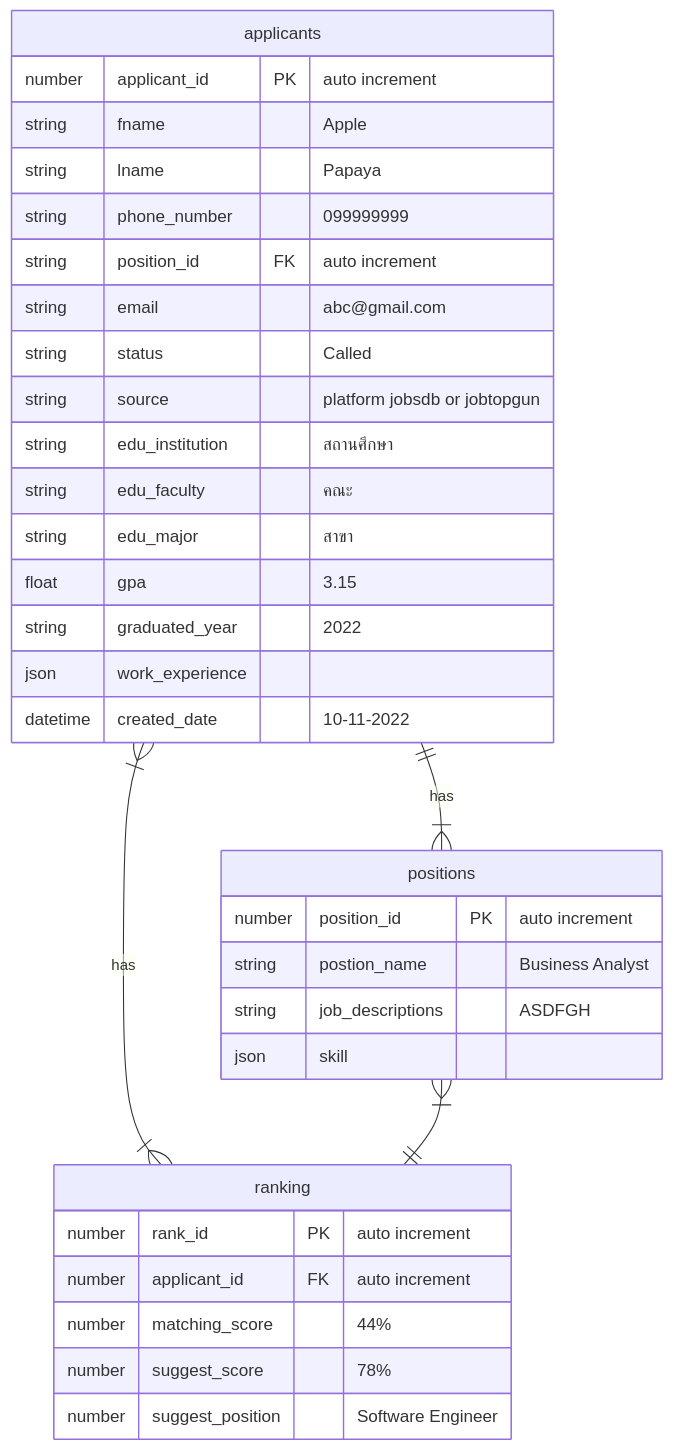
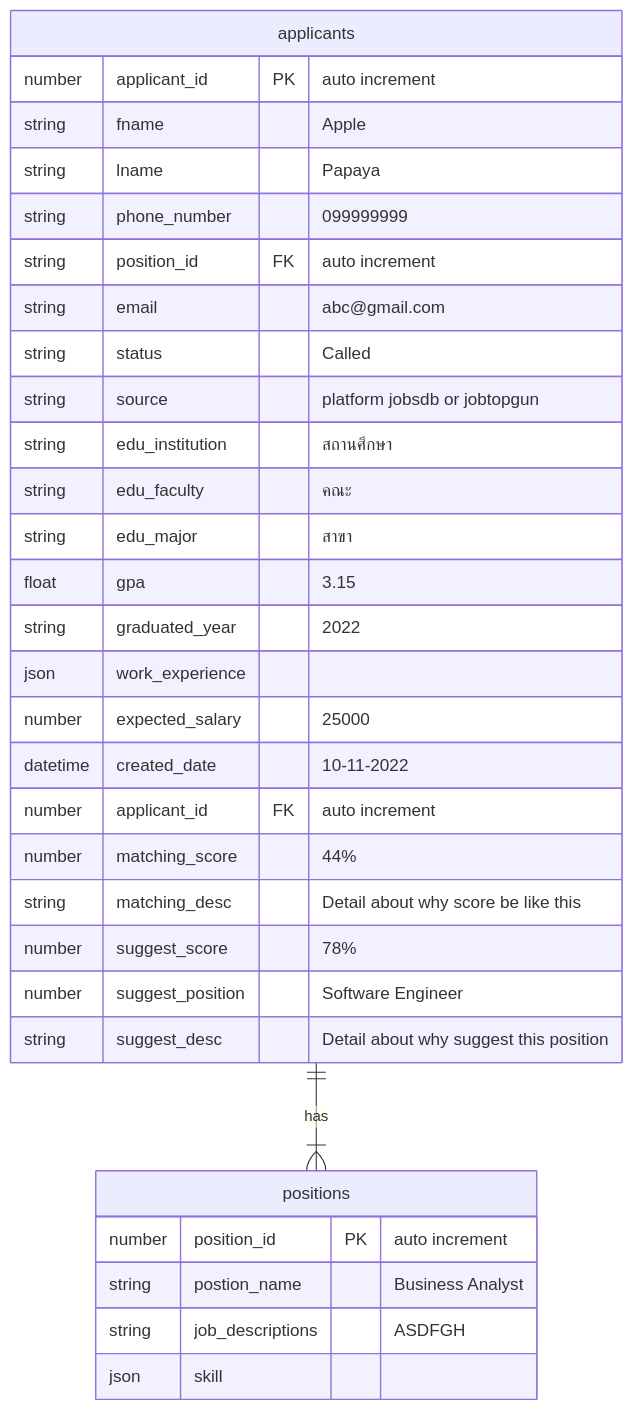
Before and after one commit to Thanapheem/diagram: the diagram in er.md, drawn with Mermaid.

Commit message:
update schema

````diff
--- a/er.md
+++ b/er.md
@@ -1,36 +1,35 @@
 ```mermaid
 erDiagram
 applicants ||--|{positions: has
-applicants }|--|{ ranking: has
-positions }|--|| ranking: ""
 applicants {
 number applicant_id PK "auto increment"
 string fname   "Apple"
 string lname   "Papaya"
 string phone_number "099999999"
 string position_id FK"auto increment"
 string email "abc@gmail.com"
 string status "Called"
 string source "platform jobsdb or jobtopgun"
 string edu_institution "สถานศึกษา"
 string edu_faculty "คณะ"
 string edu_major "สาขา"
 float gpa "3.15"
 string graduated_year "2022"
 json work_experience ""
+number expected_salary "25000"
 datetime created_date  "10-11-2022"
+number applicant_id FK "auto increment"
+number matching_score "44%"
+string matching_desc "Detail about why score be like this"
+number suggest_score "78%"
+number suggest_position "Software Engineer"
+string suggest_desc "Detail about why suggest this position"
 }
 positions {
 number position_id PK "auto increment"
 string postion_name "Business Analyst"
 string job_descriptions "ASDFGH"
 json skill ""
 }
-ranking {
-number rank_id PK "auto increment"
-number applicant_id FK "auto increment"
-number matching_score "44%"
-number suggest_score "78%"
-number suggest_position "Software Engineer"
-}
+
 ```
````
